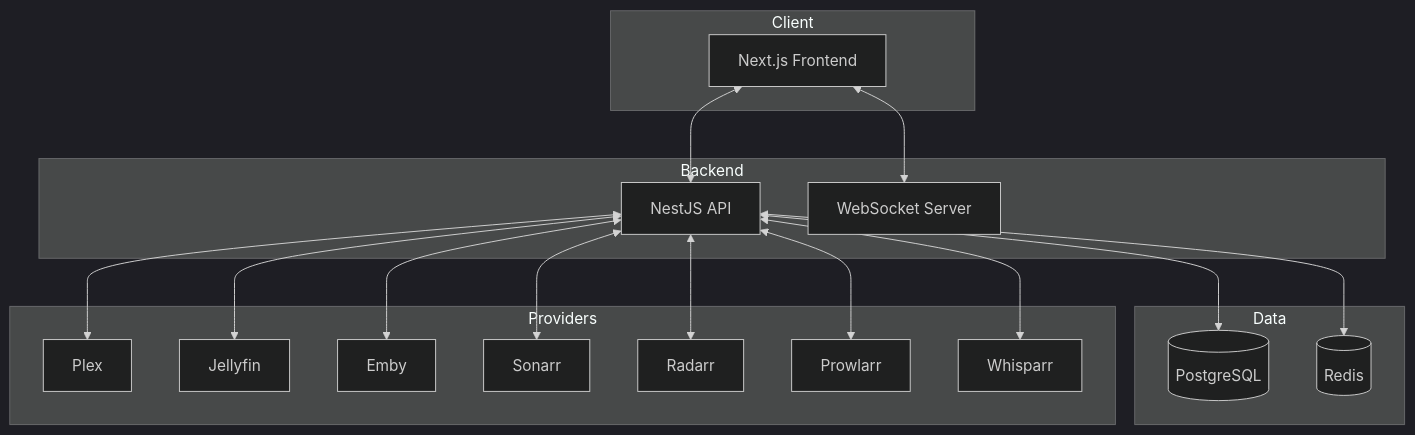
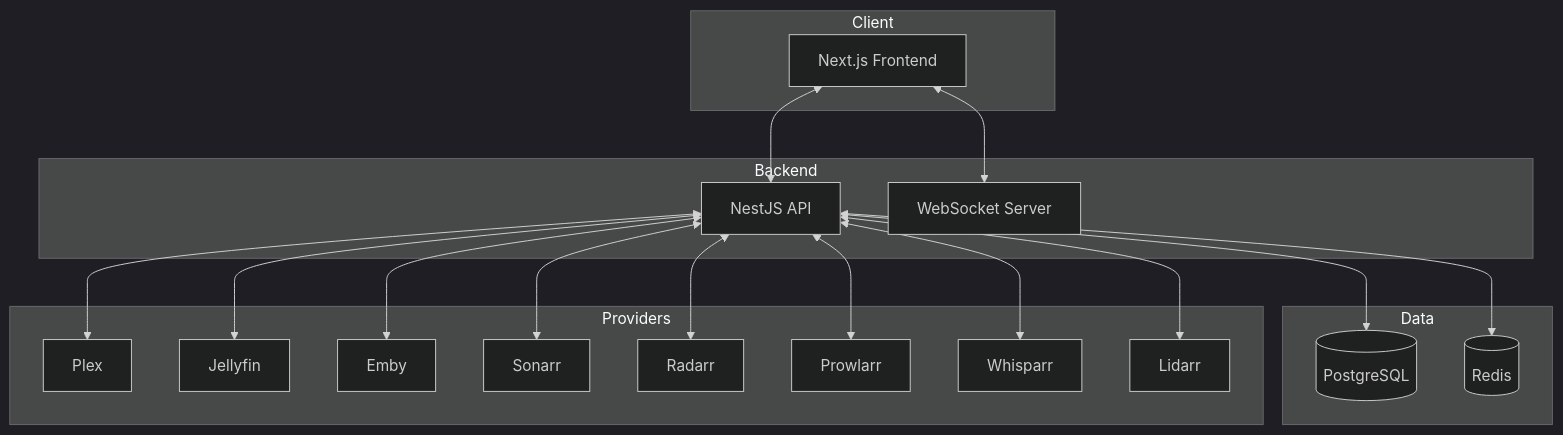
Before and after one commit to itz4blitz/Logarr: the diagram in README.md, drawn with Mermaid (dark theme). The commit also changed other lines of this file and 25 other files, not shown here.

````diff
--- a/README.md
+++ b/README.md
@@ -156,32 +157,33 @@
 ```mermaid
 flowchart TB
     subgraph Client
         FE[Next.js Frontend]
     end
 
     subgraph Backend
         API[NestJS API]
         WS[WebSocket Server]
     end
 
     subgraph Data
         PG[(PostgreSQL)]
         RD[(Redis)]
     end
 
     subgraph Providers
         PX[Plex]
         JF[Jellyfin]
         EM[Emby]
         SO[Sonarr]
         RA[Radarr]
         PR[Prowlarr]
         WH[Whisparr]
+        LI[Lidarr]
     end
 
     FE <--> API
     FE <--> WS
     API <--> PG
     API <--> RD
-    API <--> PX & JF & EM & SO & RA & PR & WH
+    API <--> PX & JF & EM & SO & RA & PR & WH & LI
 ```
````
